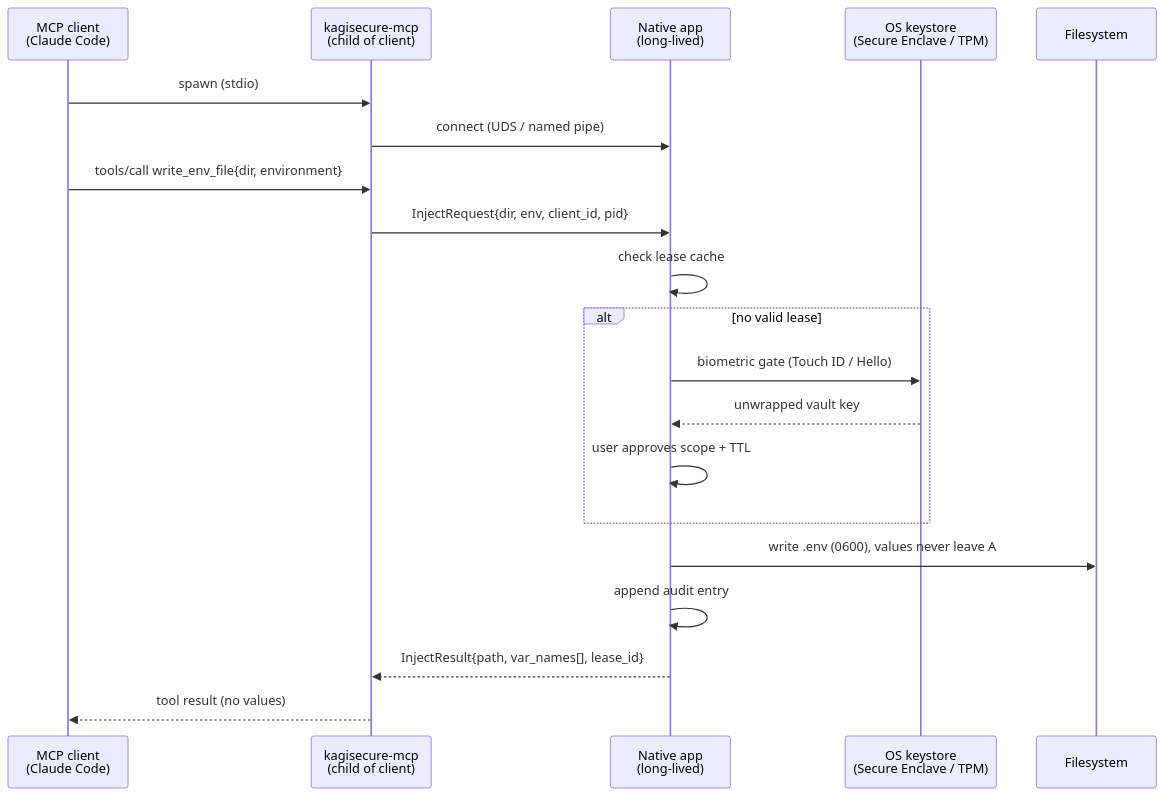
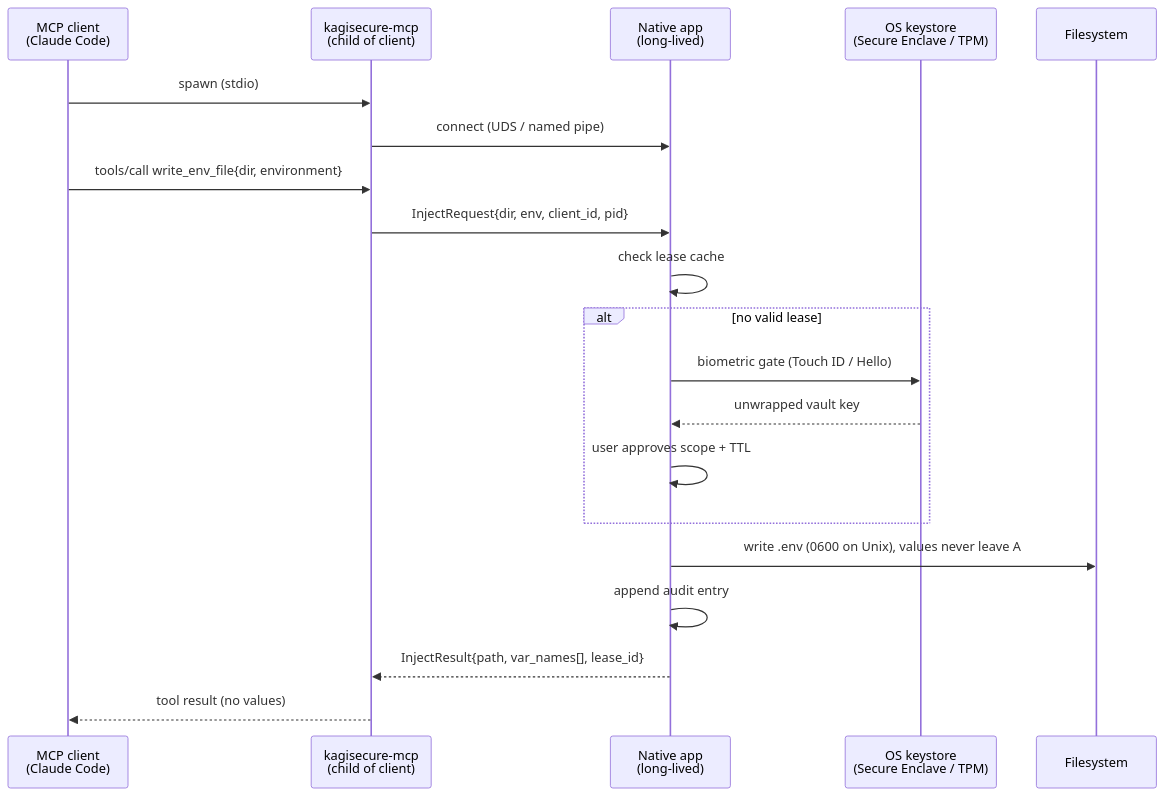
Before and after one commit to itsucara/kagisecure: the diagram in docs/architecture.md, drawn with Mermaid. The commit also changed other lines of this file and 625 other files, not shown here.

````diff
--- a/docs/architecture.md
+++ b/docs/architecture.md
@@ -194,23 +256,23 @@
 ```mermaid
 sequenceDiagram
     participant C as MCP client<br/>(Claude Code)
     participant S as kagisecure-mcp<br/>(child of client)
     participant A as Native app<br/>(long-lived)
     participant OS as OS keystore<br/>(Secure Enclave / TPM)
     participant FS as Filesystem
 
     C->>S: spawn (stdio)
     S->>A: connect (UDS / named pipe)
     C->>S: tools/call write_env_file{dir, environment}
     S->>A: InjectRequest{dir, env, client_id, pid}
     A->>A: check lease cache
     alt no valid lease
         A->>OS: biometric gate (Touch ID / Hello)
         OS-->>A: unwrapped vault key
         A->>A: user approves scope + TTL
     end
-    A->>FS: write .env (0600), values never leave A
+    A->>FS: write .env (0600 on Unix), values never leave A
     A->>A: append audit entry
     A-->>S: InjectResult{path, var_names[], lease_id}
     S-->>C: tool result (no values)
 ```
````
